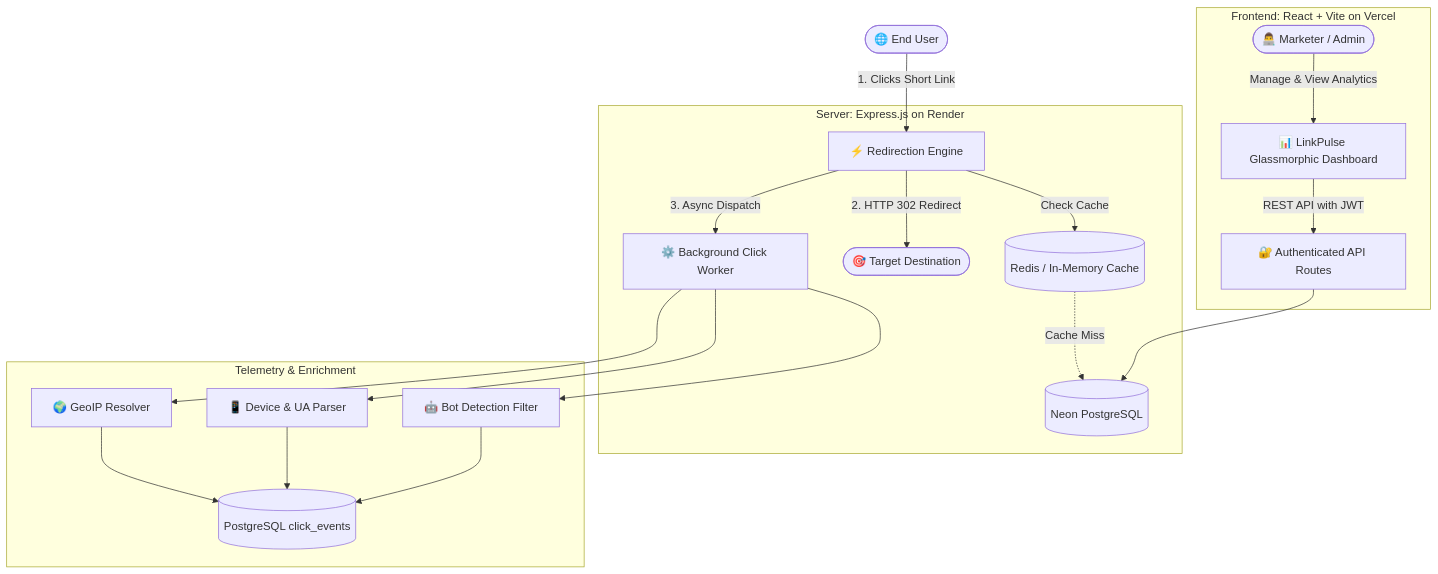
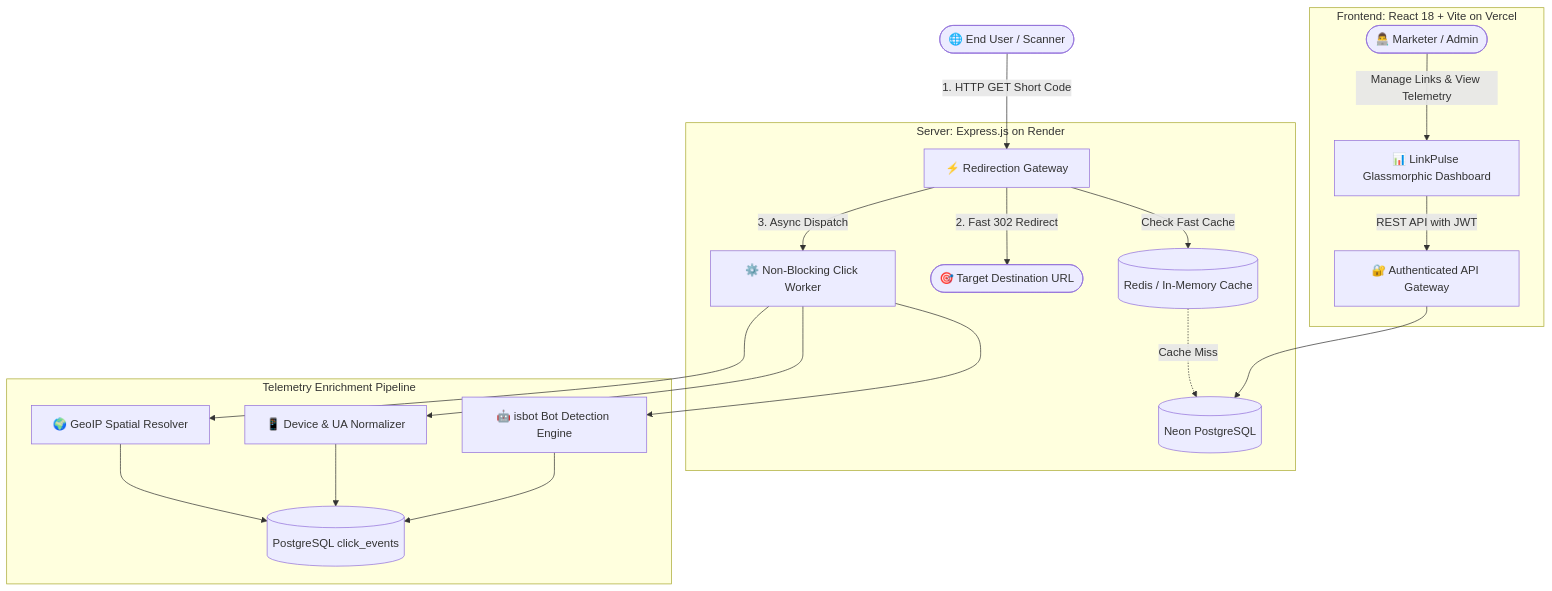
The first of 4 diagrams in README.md (SakshamPantola/LinkPulse), drawn with Mermaid before and after one commit. The commit also changed other lines of this file and 9 other files, not shown here.

Commit message:
docs: update README with live screenshots, architecture, DFD, ERD, and admin credentials

````diff
--- a/README.md
+++ b/README.md
@@ -81,24 +99,24 @@
 ```mermaid
 flowchart TD
-    User([🌐 End User]) -->|1. Clicks Short Link| RedirectEngine[⚡ Redirection Engine]
+    User([🌐 End User / Scanner]) -->|1. HTTP GET Short Code| RedirectEngine[⚡ Redirection Gateway]
     
     subgraph Backend [Server: Express.js on Render]
-        RedirectEngine -->|Check Cache| Cache[(Redis / In-Memory Cache)]
+        RedirectEngine -->|Check Fast Cache| Cache[(Redis / In-Memory Cache)]
         Cache -.->|Cache Miss| DB[(Neon PostgreSQL)]
-        RedirectEngine -->|2. HTTP 302 Redirect| Dest([🎯 Target Destination])
-        RedirectEngine -->|3. Async Dispatch| Worker[⚙️ Background Click Worker]
+        RedirectEngine -->|2. Fast 302 Redirect| Dest([🎯 Target Destination URL])
+        RedirectEngine -->|3. Async Dispatch| Worker[⚙️ Non-Blocking Click Worker]
     end
 
-    subgraph AnalyticsPipeline [Telemetry & Enrichment]
-        Worker --> Geo[🌍 GeoIP Resolver]
-        Worker --> UA[📱 Device & UA Parser]
-        Worker --> Bot[🤖 Bot Detection Filter]
+    subgraph AnalyticsPipeline [Telemetry Enrichment Pipeline]
+        Worker --> Geo[🌍 GeoIP Spatial Resolver]
+        Worker --> UA[📱 Device & UA Normalizer]
+        Worker --> Bot[🤖 isbot Bot Detection Engine]
         Geo & UA & Bot --> Ingest[(PostgreSQL click_events)]
     end
 
-    subgraph ClientApp [Frontend: React + Vite on Vercel]
-        Marketer([👨‍💻 Marketer / Admin]) -->|Manage & View Analytics| Dashboard[📊 LinkPulse Glassmorphic Dashboard]
-        Dashboard -->|REST API with JWT| AuthAPI[🔐 Authenticated API Routes]
+    subgraph ClientApp [Frontend: React 18 + Vite on Vercel]
+        Marketer([👨‍💻 Marketer / Admin]) -->|Manage Links & View Telemetry| Dashboard[📊 LinkPulse Glassmorphic Dashboard]
+        Dashboard -->|REST API with JWT| AuthAPI[🔐 Authenticated API Gateway]
         AuthAPI --> DB
     end
 ```
````
